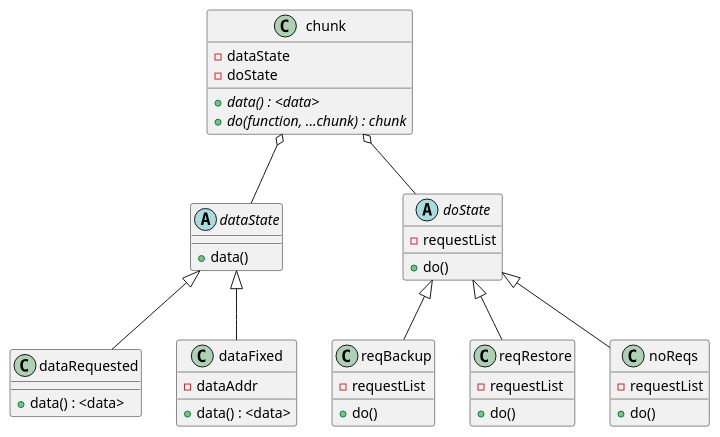
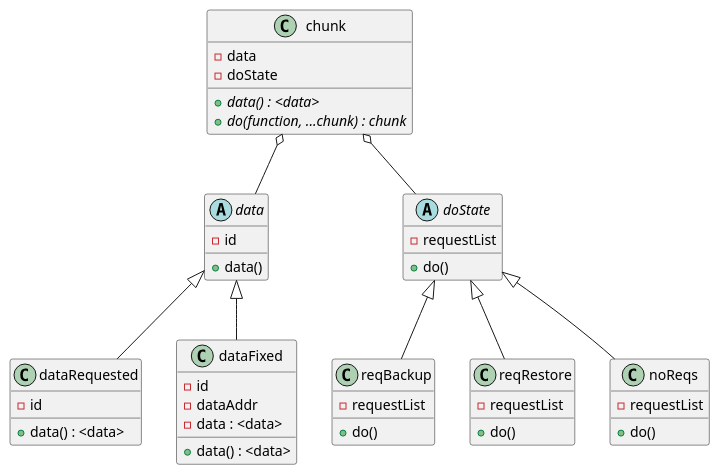
Before and after one commit to jcai849/phd: the diagram in img/chunk3.puml, drawn with PlantUML. The commit also changed 3 other files, not shown here.

```diff
--- a/img/chunk3.puml
+++ b/img/chunk3.puml
@@ -1,52 +1,56 @@
 @startuml
 
 class chunk {
-    -dataState
+    -data
     -doState
     {abstract} +data() : <data>
     {abstract} +do(function, ...chunk) : chunk
 }
 
-abstract class dataState {
+abstract class data {
+	-id
         +data()
 }
 
 class dataRequested {
+	-id
     +data() : <data>
 }
 
 class dataFixed {
+    -id
     -dataAddr
+    -data : <data>
     +data() : <data>
 }
 
 
 abstract class doState {
     -requestList
     +do()
 }
 
 class reqBackup {
     -requestList
     +do()
 }
 
 class reqRestore {
     -requestList
     +do()
 }
 
 class noReqs {
     -requestList
     +do()
 }
 
-chunk o-- dataState
+chunk o-- data
 chunk o-- doState
 doState <|-- reqBackup
 doState <|-- noReqs
 doState <|-- reqRestore
-dataState <|-- dataFixed
-dataState <|-- dataRequested
+data <|-- dataFixed
+data <|-- dataRequested
 
 @enduml
```
